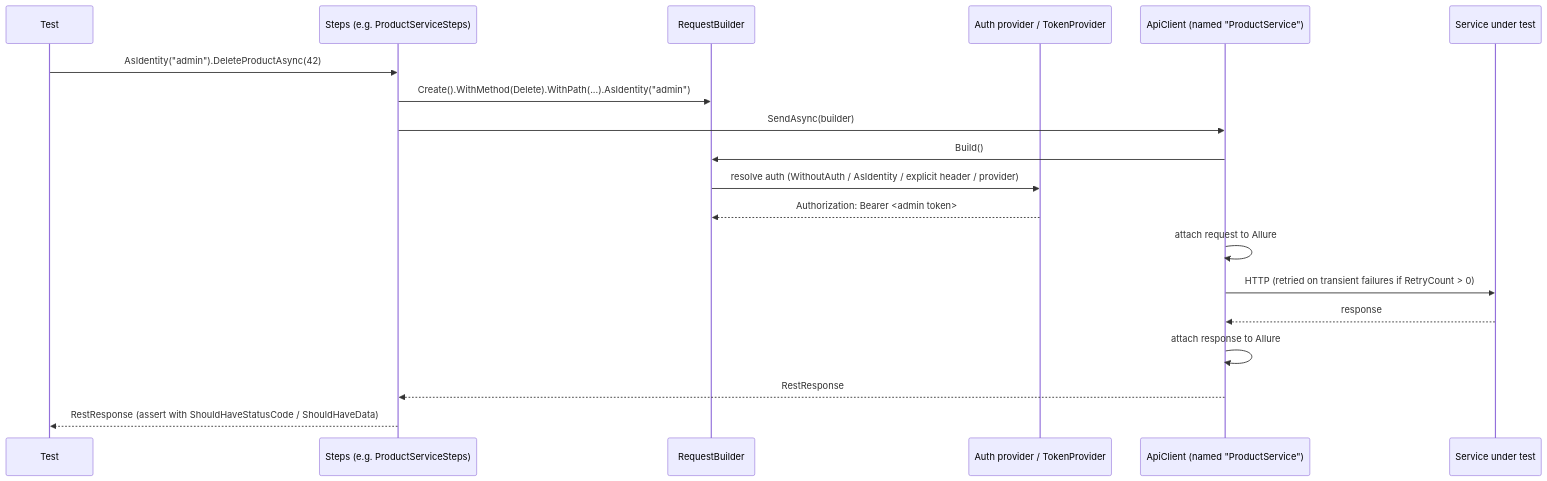
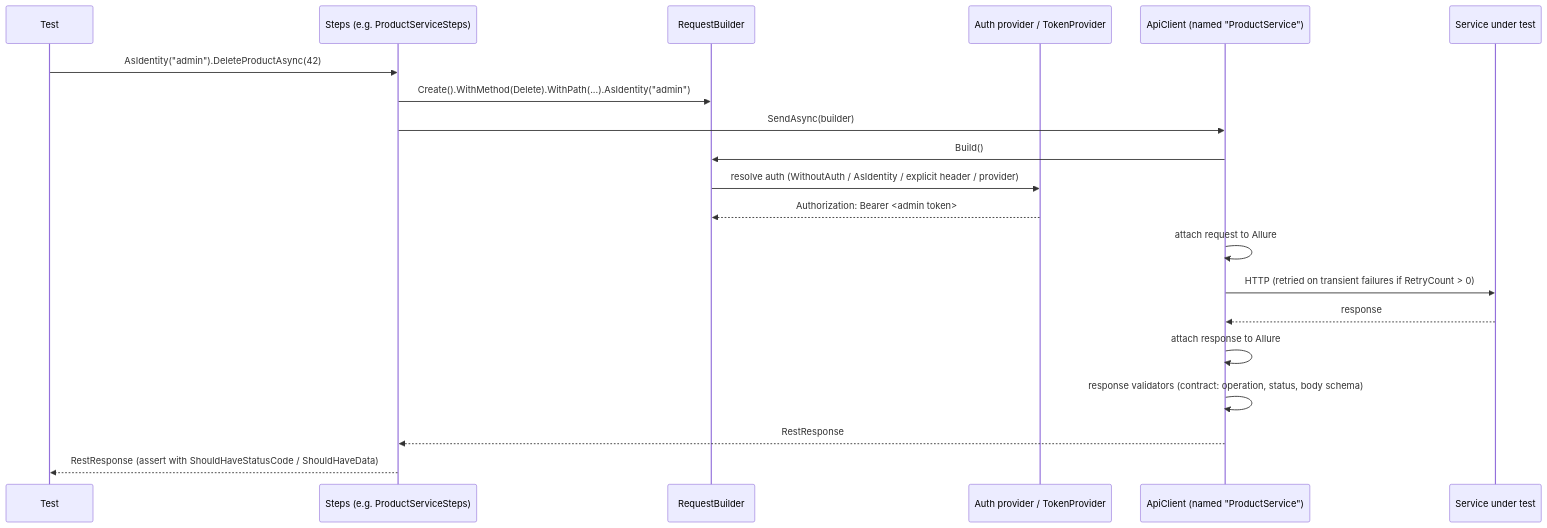
One commit to dkelle1/gold-api-test-framework changed the second of 3 diagrams in docs/architecture.md. Above: the diagram before and after it, drawn with Mermaid. The commit also changed other lines of this file and 40 other files, not shown here.

First line of the commit message:
feat: OpenAPI contract validation of every API response (#23)

````diff
--- a/docs/architecture.md
+++ b/docs/architecture.md
@@ -71,22 +76,23 @@
 ```mermaid
 sequenceDiagram
     participant T as Test
     participant S as Steps (e.g. ProductServiceSteps)
     participant RB as RequestBuilder
     participant AP as Auth provider / TokenProvider
     participant C as ApiClient (named "ProductService")
     participant API as Service under test
 
     T->>S: AsIdentity("admin").DeleteProductAsync(42)
     S->>RB: Create().WithMethod(Delete).WithPath(...).AsIdentity("admin")
     S->>C: SendAsync(builder)
     C->>RB: Build()
     RB->>AP: resolve auth (WithoutAuth / AsIdentity / explicit header / provider)
     AP-->>RB: Authorization: Bearer <admin token>
     C->>C: attach request to Allure
     C->>API: HTTP (retried on transient failures if RetryCount > 0)
     API-->>C: response
     C->>C: attach response to Allure
+    C->>C: response validators (contract: operation, status, body schema)
     C-->>S: RestResponse
     S-->>T: RestResponse (assert with ShouldHaveStatusCode / ShouldHaveData)
 ```
````
